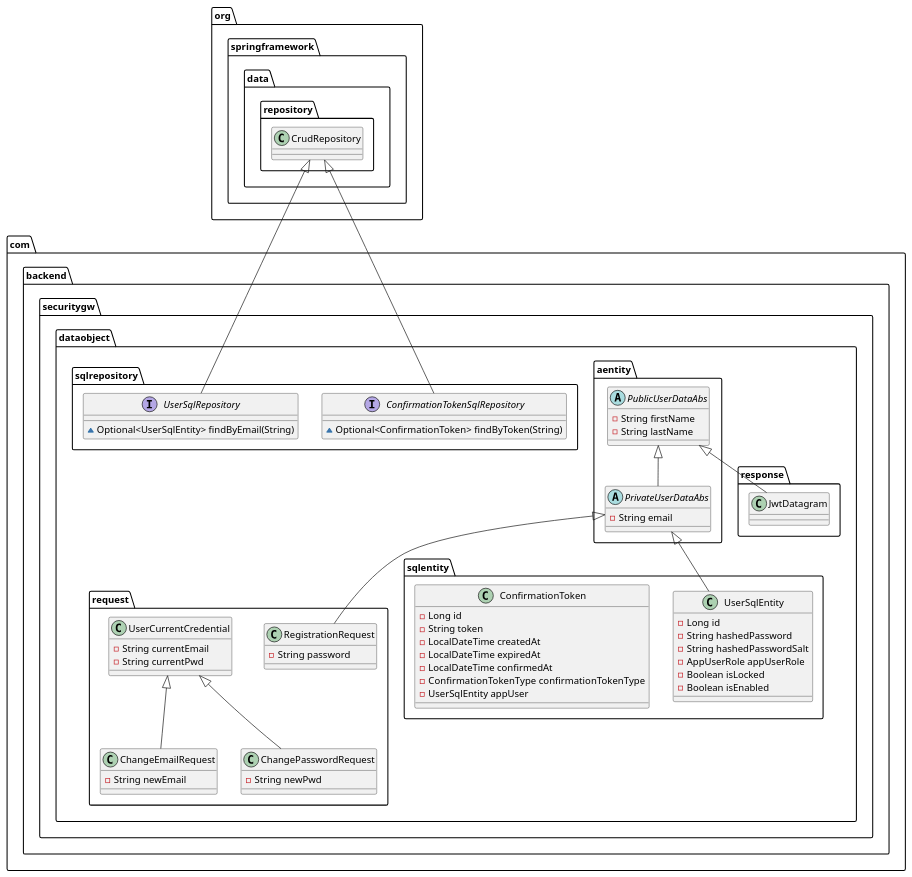
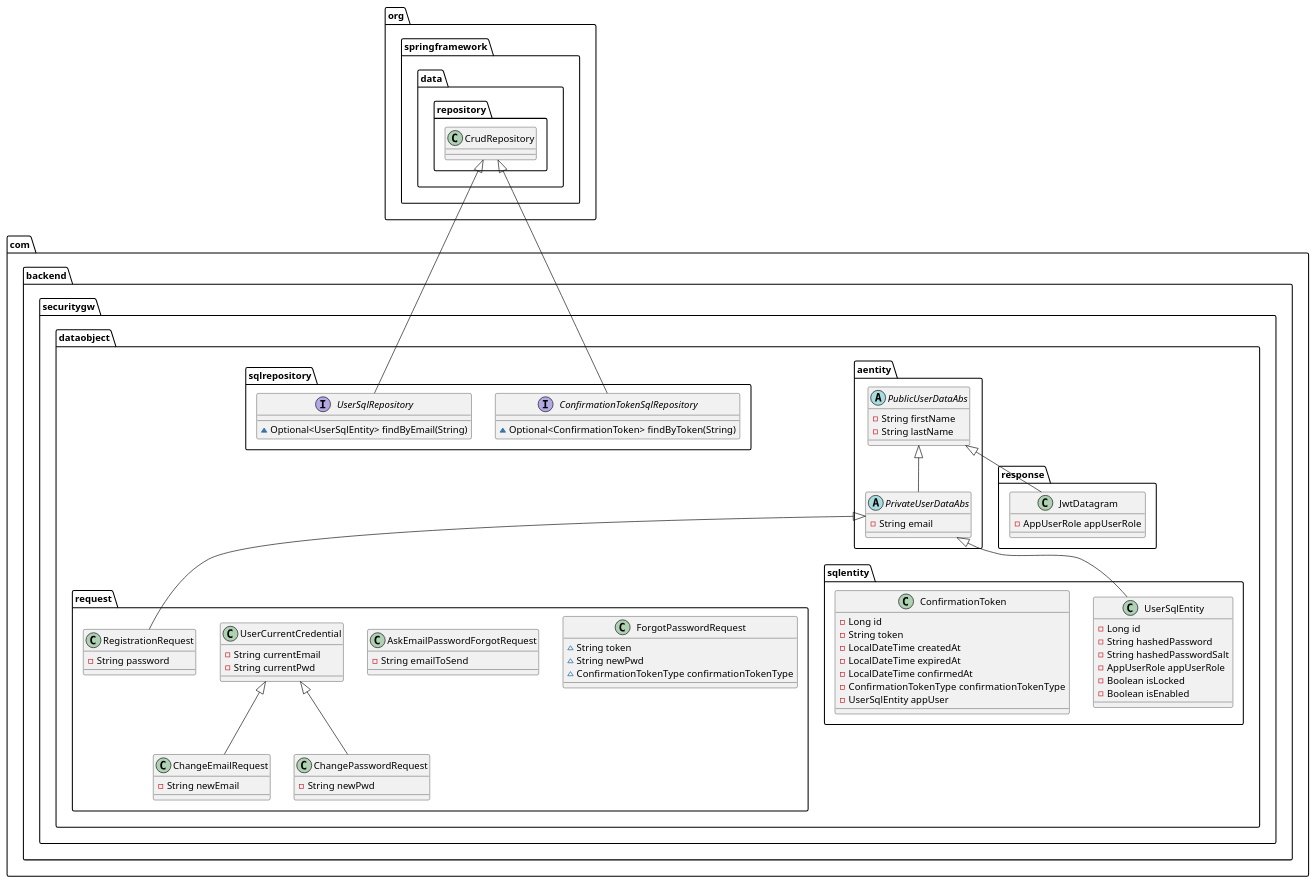
The diagram in securitygw/test.puml (Nikasaih/px__projet_b3_annuel), drawn with PlantUML before and after one commit. The commit also changed 2 other files, not shown here.

```diff
--- a/securitygw/test.puml
+++ b/securitygw/test.puml
@@ -1,57 +1,66 @@
 @startuml
+class com.backend.securitygw.dataobject.request.ForgotPasswordRequest {
+~ String token
+~ String newPwd
+~ ConfirmationTokenType confirmationTokenType
+}
 abstract class com.backend.securitygw.dataobject.aentity.PrivateUserDataAbs {
 - String email
 }
-class com.backend.securitygw.dataobject.request.RegistrationRequest {
-- String password
+interface com.backend.securitygw.dataobject.sqlrepository.ConfirmationTokenSqlRepository {
+~ Optional<ConfirmationToken> findByToken(String)
+}
+class com.backend.securitygw.dataobject.response.JwtDatagram {
+- AppUserRole appUserRole
+}
+class com.backend.securitygw.dataobject.request.AskEmailPasswordForgotRequest {
+- String emailToSend
+}
+class com.backend.securitygw.dataobject.request.UserCurrentCredential {
+- String currentEmail
+- String currentPwd
+}
+class com.backend.securitygw.dataobject.request.ChangeEmailRequest {
+- String newEmail
+}
+class com.backend.securitygw.dataobject.request.ChangePasswordRequest {
+- String newPwd
 }
 class com.backend.securitygw.dataobject.sqlentity.UserSqlEntity {
 - Long id
 - String hashedPassword
 - String hashedPasswordSalt
 - AppUserRole appUserRole
 - Boolean isLocked
 - Boolean isEnabled
 }
+class com.backend.securitygw.dataobject.request.RegistrationRequest {
+- String password
+}
 abstract class com.backend.securitygw.dataobject.aentity.PublicUserDataAbs {
 - String firstName
 - String lastName
-}
-interface com.backend.securitygw.dataobject.sqlrepository.ConfirmationTokenSqlRepository {
-~ Optional<ConfirmationToken> findByToken(String)
 }
 interface com.backend.securitygw.dataobject.sqlrepository.UserSqlRepository {
 ~ Optional<UserSqlEntity> findByEmail(String)
 }
 class com.backend.securitygw.dataobject.sqlentity.ConfirmationToken {
 - Long id
 - String token
 - LocalDateTime createdAt
 - LocalDateTime expiredAt
 - LocalDateTime confirmedAt
 - ConfirmationTokenType confirmationTokenType
 - UserSqlEntity appUser
 }
-class com.backend.securitygw.dataobject.response.JwtDatagram {
-}
-class com.backend.securitygw.dataobject.request.UserCurrentCredential {
-- String currentEmail
-- String currentPwd
-}
-class com.backend.securitygw.dataobject.request.ChangeEmailRequest {
-- String newEmail
-}
-class com.backend.securitygw.dataobject.request.ChangePasswordRequest {
-- String newPwd
-}
 
 
 com.backend.securitygw.dataobject.aentity.PublicUserDataAbs <|-- com.backend.securitygw.dataobject.aentity.PrivateUserDataAbs
-com.backend.securitygw.dataobject.aentity.PrivateUserDataAbs <|-- com.backend.securitygw.dataobject.request.RegistrationRequest
-com.backend.securitygw.dataobject.aentity.PrivateUserDataAbs <|-- com.backend.securitygw.dataobject.sqlentity.UserSqlEntity
 org.springframework.data.repository.CrudRepository <|-- com.backend.securitygw.dataobject.sqlrepository.ConfirmationTokenSqlRepository
-org.springframework.data.repository.CrudRepository <|-- com.backend.securitygw.dataobject.sqlrepository.UserSqlRepository
 com.backend.securitygw.dataobject.aentity.PublicUserDataAbs <|-- com.backend.securitygw.dataobject.response.JwtDatagram
 com.backend.securitygw.dataobject.request.UserCurrentCredential <|-- com.backend.securitygw.dataobject.request.ChangeEmailRequest
 com.backend.securitygw.dataobject.request.UserCurrentCredential <|-- com.backend.securitygw.dataobject.request.ChangePasswordRequest
+com.backend.securitygw.dataobject.aentity.PrivateUserDataAbs <|-- com.backend.securitygw.dataobject.sqlentity.UserSqlEntity
+com.backend.securitygw.dataobject.aentity.PrivateUserDataAbs <|-- com.backend.securitygw.dataobject.request.RegistrationRequest
+org.springframework.data.repository.CrudRepository <|-- com.backend.securitygw.dataobject.sqlrepository.UserSqlRepository
 @enduml
```
